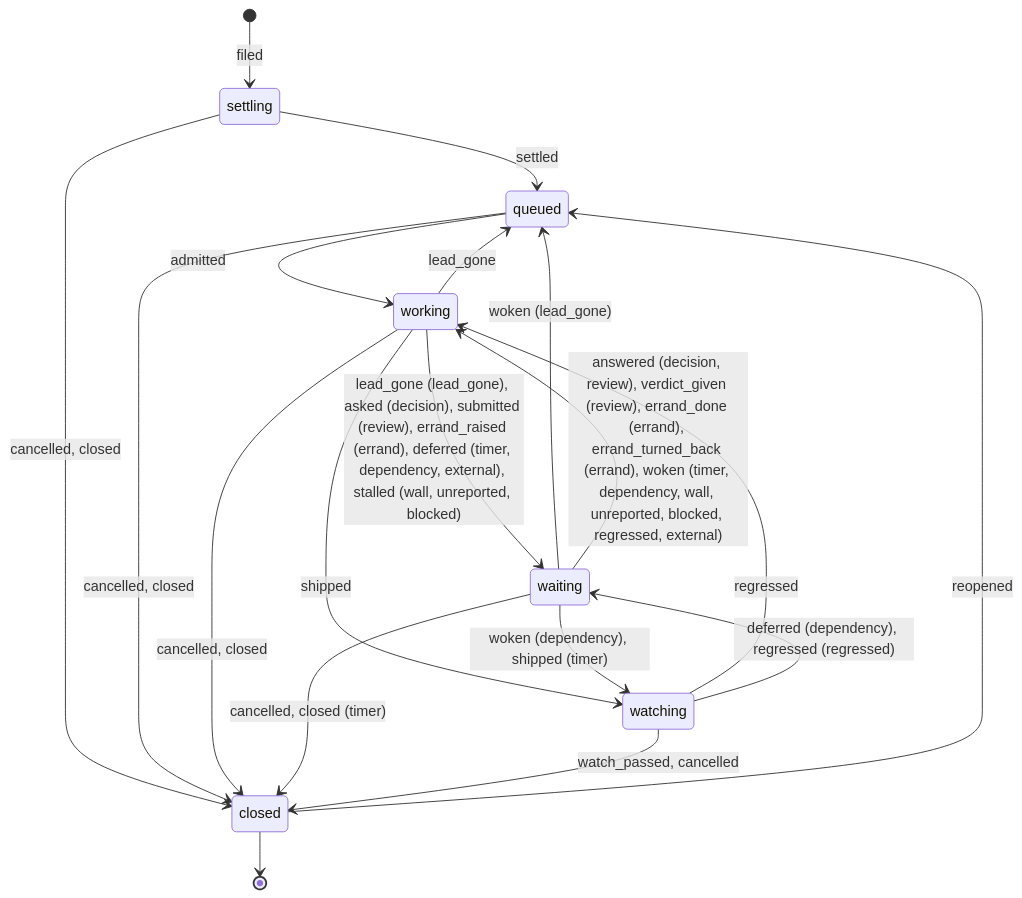
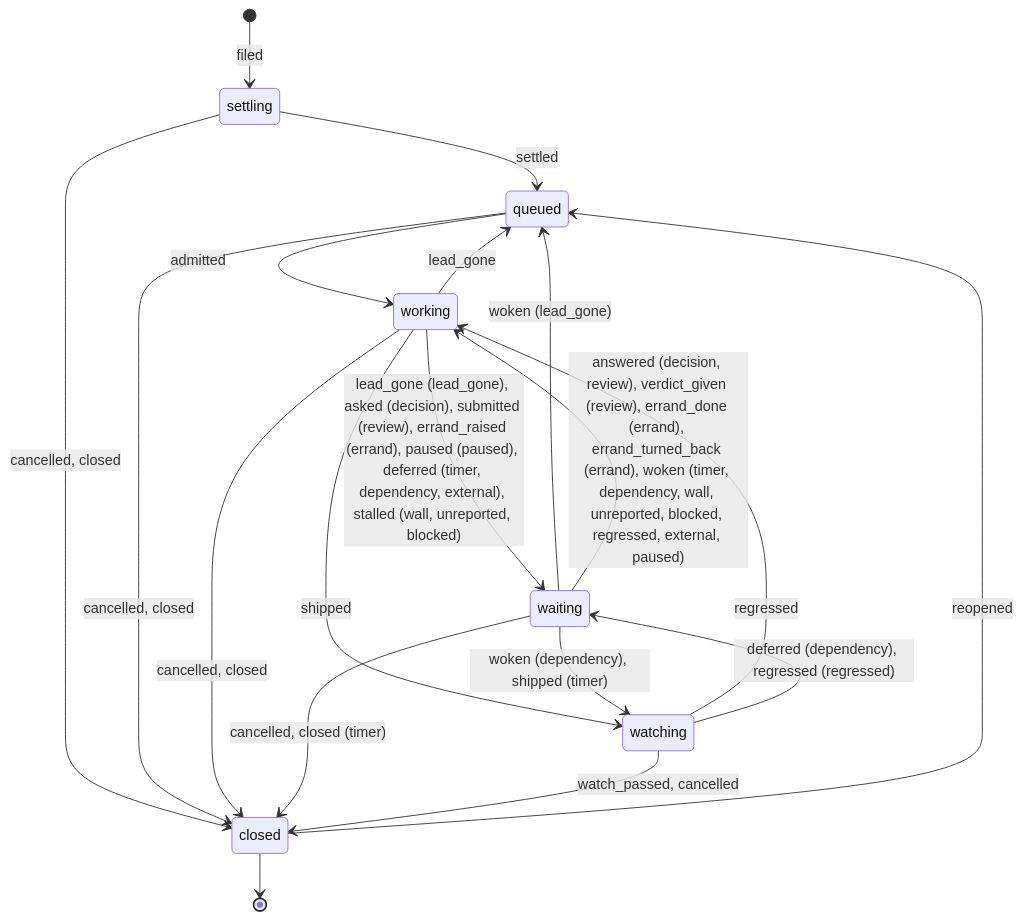
One commit to jkrumm/software-factory changed the diagram in docs/language.md. Above: the diagram before and after it, drawn with Mermaid. The commit also changed other lines of this file and 31 other files, not shown here.

````diff
--- a/docs/language.md
+++ b/docs/language.md
@@ -240,21 +241,21 @@
 ```mermaid
 stateDiagram-v2
   [*] --> settling: filed
   settling --> queued: settled
   settling --> closed: cancelled, closed
   queued --> working: admitted
   queued --> closed: cancelled, closed
   working --> queued: lead_gone
-  working --> waiting: lead_gone (lead_gone), asked (decision), submitted (review), errand_raised (errand), deferred (timer, dependency, external), stalled (wall, unreported, blocked)
+  working --> waiting: lead_gone (lead_gone), asked (decision), submitted (review), errand_raised (errand), paused (paused), deferred (timer, dependency, external), stalled (wall, unreported, blocked)
   working --> watching: shipped
   working --> closed: cancelled, closed
   waiting --> queued: woken (lead_gone)
-  waiting --> working: answered (decision, review), verdict_given (review), errand_done (errand), errand_turned_back (errand), woken (timer, dependency, wall, unreported, blocked, regressed, external)
+  waiting --> working: answered (decision, review), verdict_given (review), errand_done (errand), errand_turned_back (errand), woken (timer, dependency, wall, unreported, blocked, regressed, external, paused)
   waiting --> watching: woken (dependency), shipped (timer)
   waiting --> closed: cancelled, closed (timer)
   watching --> working: regressed
   watching --> waiting: deferred (dependency), regressed (regressed)
   watching --> closed: watch_passed, cancelled
   closed --> queued: reopened
   closed --> [*]
 ```
````
